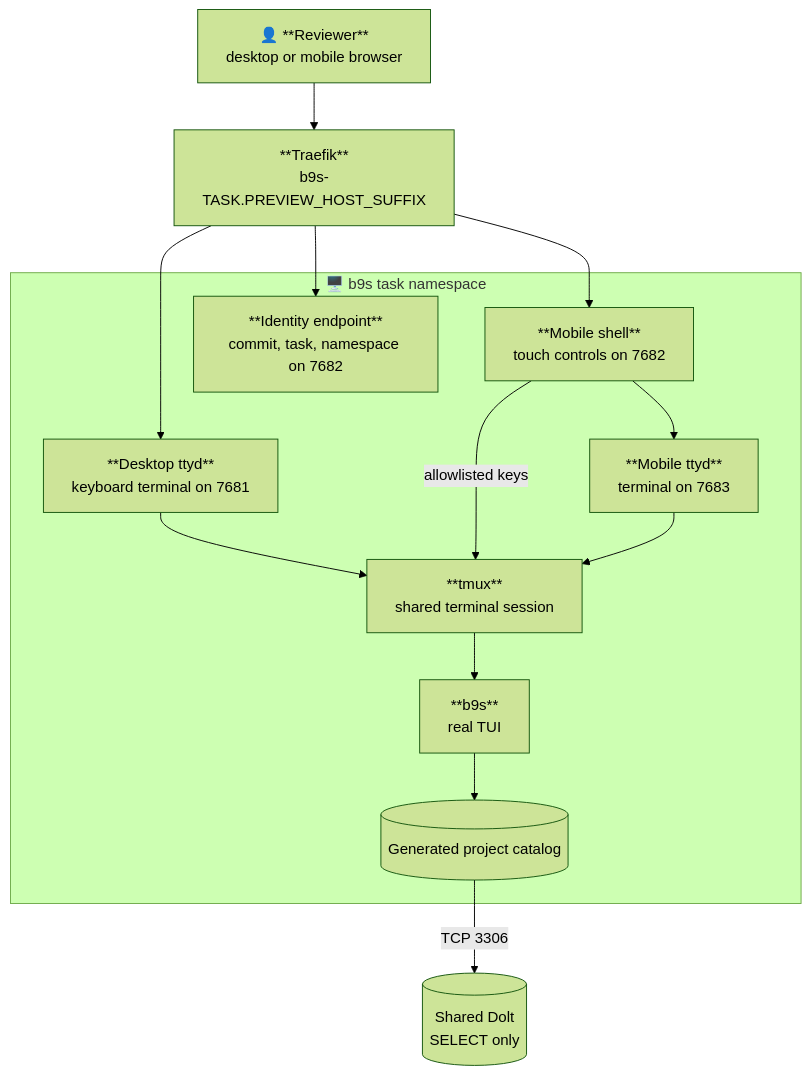
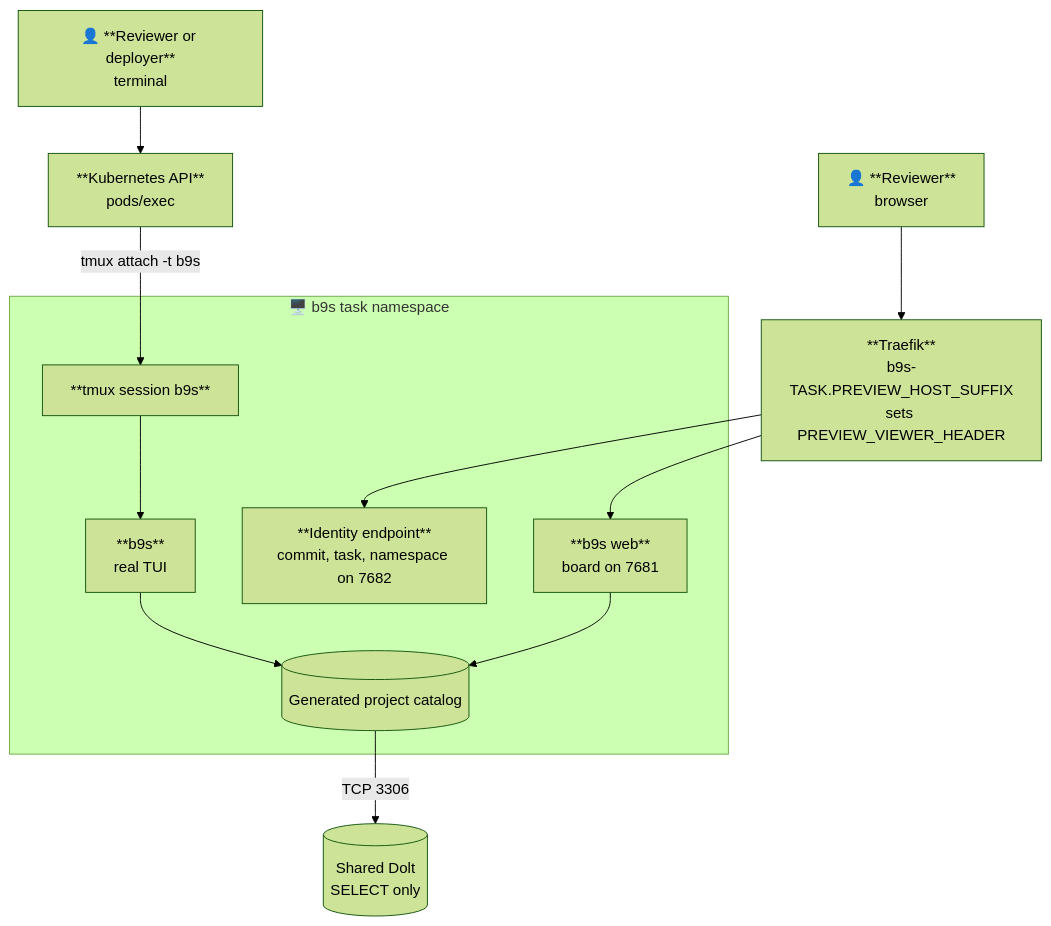
One commit to elmpp/b9s changed the diagram in docs/preview-contract.md. Above: the diagram before and after it, drawn with Mermaid (forest theme). The commit also changed other lines of this file and 12 other files, not shown here.

First line of the commit message:
feat(preview): serve b9s web and keep the TUI for kubectl exec

````diff
--- a/docs/preview-contract.md
+++ b/docs/preview-contract.md
@@ -74,29 +77,27 @@
 ```mermaid
 graph TB
-    USER["👤 **Reviewer**<br/>desktop or mobile browser"]
-    TRAEFIK["**Traefik**<br/>b9s-TASK.PREVIEW_HOST_SUFFIX"]
+    USER["👤 **Reviewer**<br/>browser"]
+    TERM["👤 **Reviewer or deployer**<br/>terminal"]
+    TRAEFIK["**Traefik**<br/>b9s-TASK.PREVIEW_HOST_SUFFIX<br/>sets PREVIEW_VIEWER_HEADER"]
+    API["**Kubernetes API**<br/>pods/exec"]
 
     subgraph NS["🖥️ b9s task namespace"]
-        DESKTOP["**Desktop ttyd**<br/>keyboard terminal on 7681"]
-        MOBILE["**Mobile shell**<br/>touch controls on 7682"]
-        TTYD["**Mobile ttyd**<br/>terminal on 7683"]
-        TMUX["**tmux**<br/>shared terminal session"]
+        WEB["**b9s web**<br/>board on 7681"]
+        ID["**Identity endpoint**<br/>commit, task, namespace on 7682"]
+        TMUX["**tmux session b9s**"]
         B9S["**b9s**<br/>real TUI"]
-        ID["**Identity endpoint**<br/>commit, task, namespace on 7682"]
         CATALOG[("Generated project catalog")]
-        DESKTOP --> TMUX
-        MOBILE -->|"allowlisted keys"| TMUX
-        MOBILE --> TTYD
-        TTYD --> TMUX
         TMUX --> B9S
         B9S --> CATALOG
+        WEB --> CATALOG
     end
 
     DOLT[("Shared Dolt<br/>SELECT only")]
 
     USER --> TRAEFIK
-    TRAEFIK --> DESKTOP
-    TRAEFIK --> MOBILE
+    TRAEFIK --> WEB
     TRAEFIK --> ID
+    TERM --> API
+    API -->|"tmux attach -t b9s"| TMUX
     CATALOG -->|"TCP 3306"| DOLT
 ```
````
